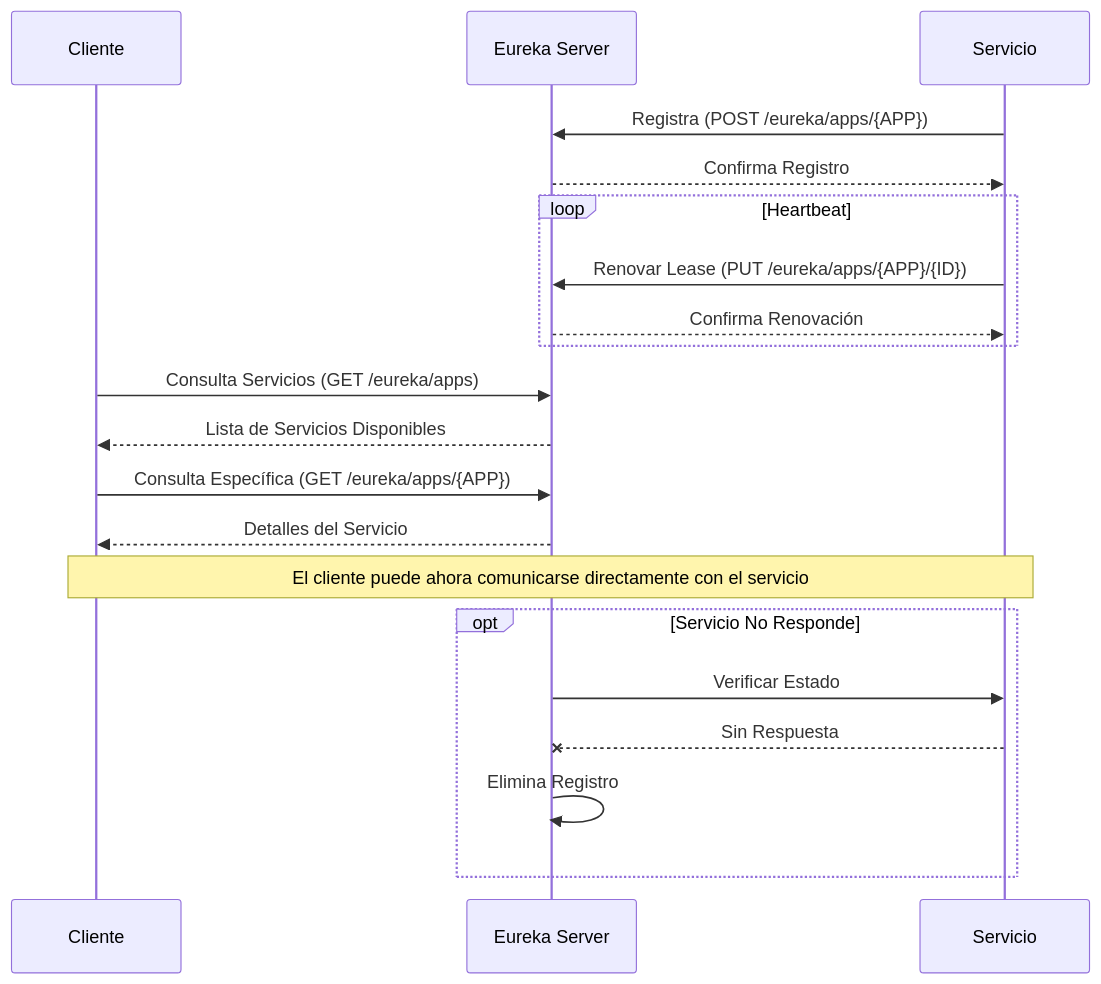
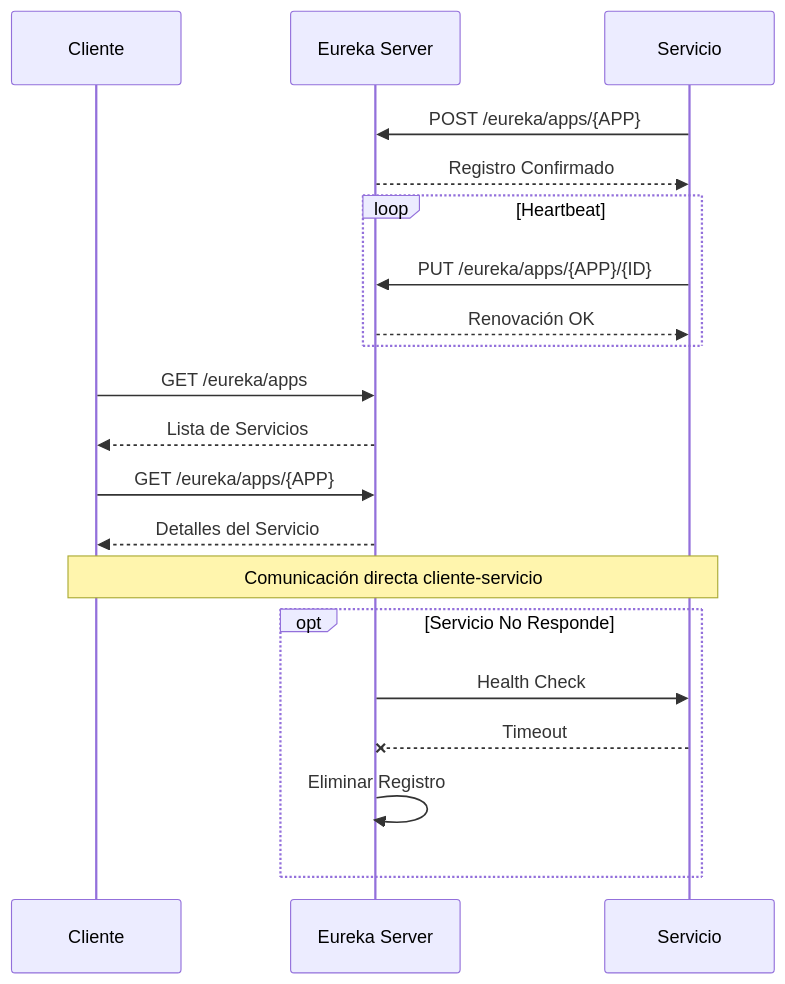
The diagram in docs/diagrams/secuencia-eureka.mmd (UM-services/UM.tesoreria.eureka-service), drawn with Mermaid before and after one commit. The commit also changed 2 other files, not shown here.

```diff
--- a/docs/diagrams/secuencia-eureka.mmd
+++ b/docs/diagrams/secuencia-eureka.mmd
@@ -1,26 +1,26 @@
 sequenceDiagram
     participant C as Cliente
     participant E as Eureka Server
     participant S as Servicio
 
-    S->>E: Registra (POST /eureka/apps/{APP})
-    E-->>S: Confirma Registro
-    
+    S->>E: POST /eureka/apps/{APP}
+    E-->>S: Registro Confirmado
+
     loop Heartbeat
-        S->>E: Renovar Lease (PUT /eureka/apps/{APP}/{ID})
-        E-->>S: Confirma Renovación
+        S->>E: PUT /eureka/apps/{APP}/{ID}
+        E-->>S: Renovación OK
     end
-    
-    C->>E: Consulta Servicios (GET /eureka/apps)
-    E-->>C: Lista de Servicios Disponibles
-    
-    C->>E: Consulta Específica (GET /eureka/apps/{APP})
+
+    C->>E: GET /eureka/apps
+    E-->>C: Lista de Servicios
+
+    C->>E: GET /eureka/apps/{APP}
     E-->>C: Detalles del Servicio
-    
-    Note over C,S: El cliente puede ahora comunicarse directamente con el servicio
-    
+
+    Note over C,S: Comunicación directa cliente-servicio
+
     opt Servicio No Responde
-        E->>S: Verificar Estado
-        S--xE: Sin Respuesta
-        E->>E: Elimina Registro
+        E->>S: Health Check
+        S--xE: Timeout
+        E->>E: Eliminar Registro
     end
```
